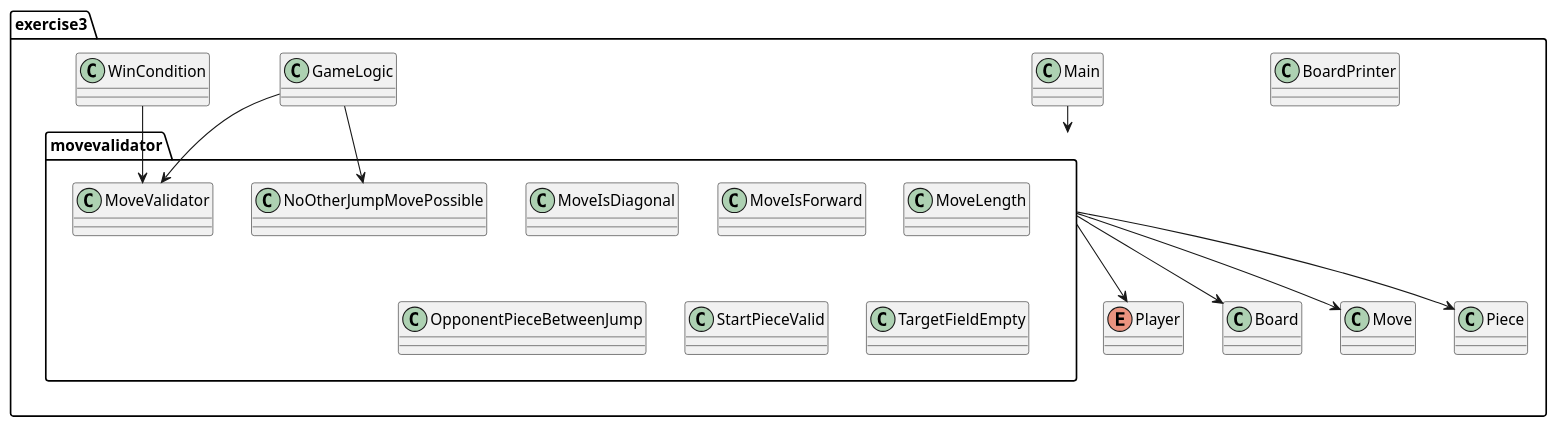
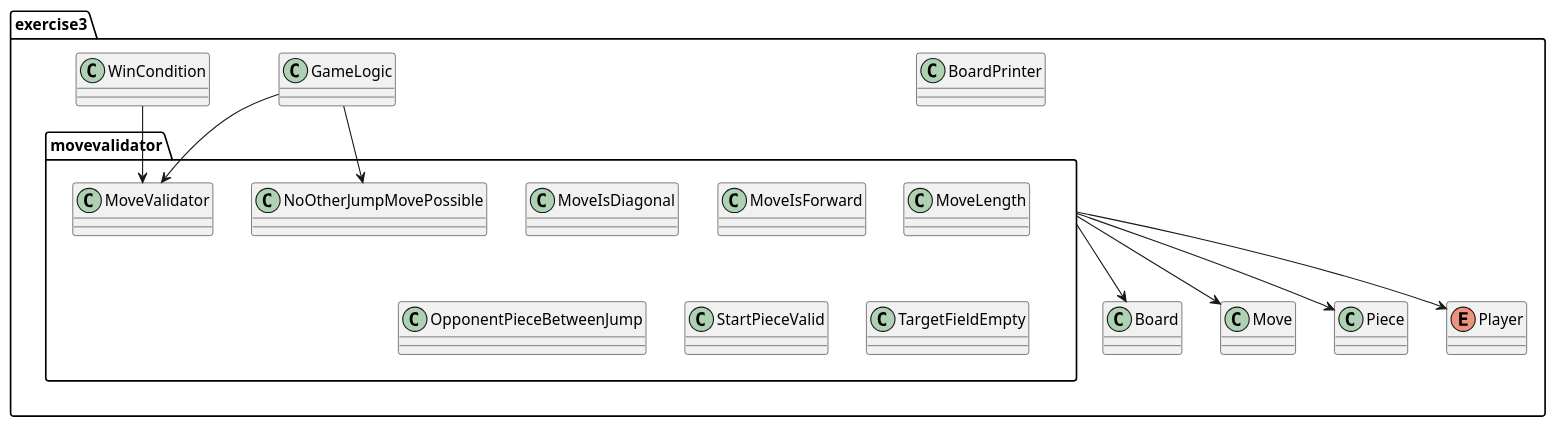
Before and after one commit to soco21/soco21: the diagram in assignment-1/exercise2/Class Diagramm Checkers.puml, drawn with PlantUML.

Commit message:
Class Diagramm Checkers.puml: remove Main
It's only there to bootstrap the game.
The behaviour we need to communicate is in the GameLogic.

```diff
--- a/assignment-1/exercise2/Class Diagramm Checkers.puml
+++ b/assignment-1/exercise2/Class Diagramm Checkers.puml
@@ -1,30 +1,28 @@
 @startuml
 package exercise3{
 package movevalidator {
 class MoveIsDiagonal
 class MoveIsForward
 class MoveLength
 class MoveValidator
 class NoOtherJumpMovePossible
 class OpponentPieceBetweenJump
 class StartPieceValid
 class TargetFieldEmpty
 }
 class Board
 class BoardPrinter
 class GameLogic
-class Main
 class Move
 class Piece
 enum Player
 class WinCondition
 }
 movevalidator --> Board
 movevalidator --> Move
 movevalidator --> Piece
 movevalidator --> Player
 GameLogic --> MoveValidator
 GameLogic --> NoOtherJumpMovePossible
-Main --> movevalidator
 WinCondition --> MoveValidator
 @enduml
```
